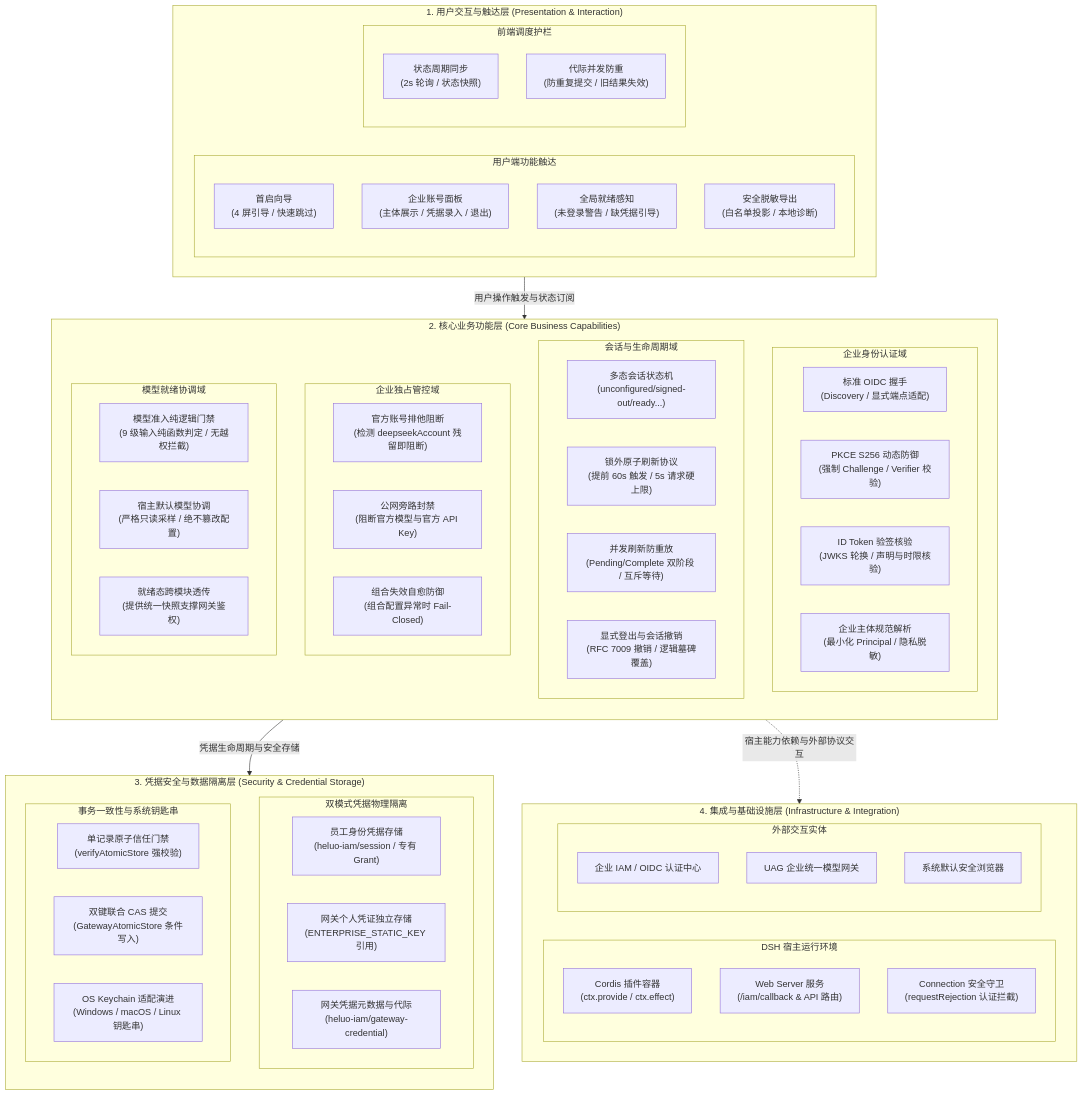
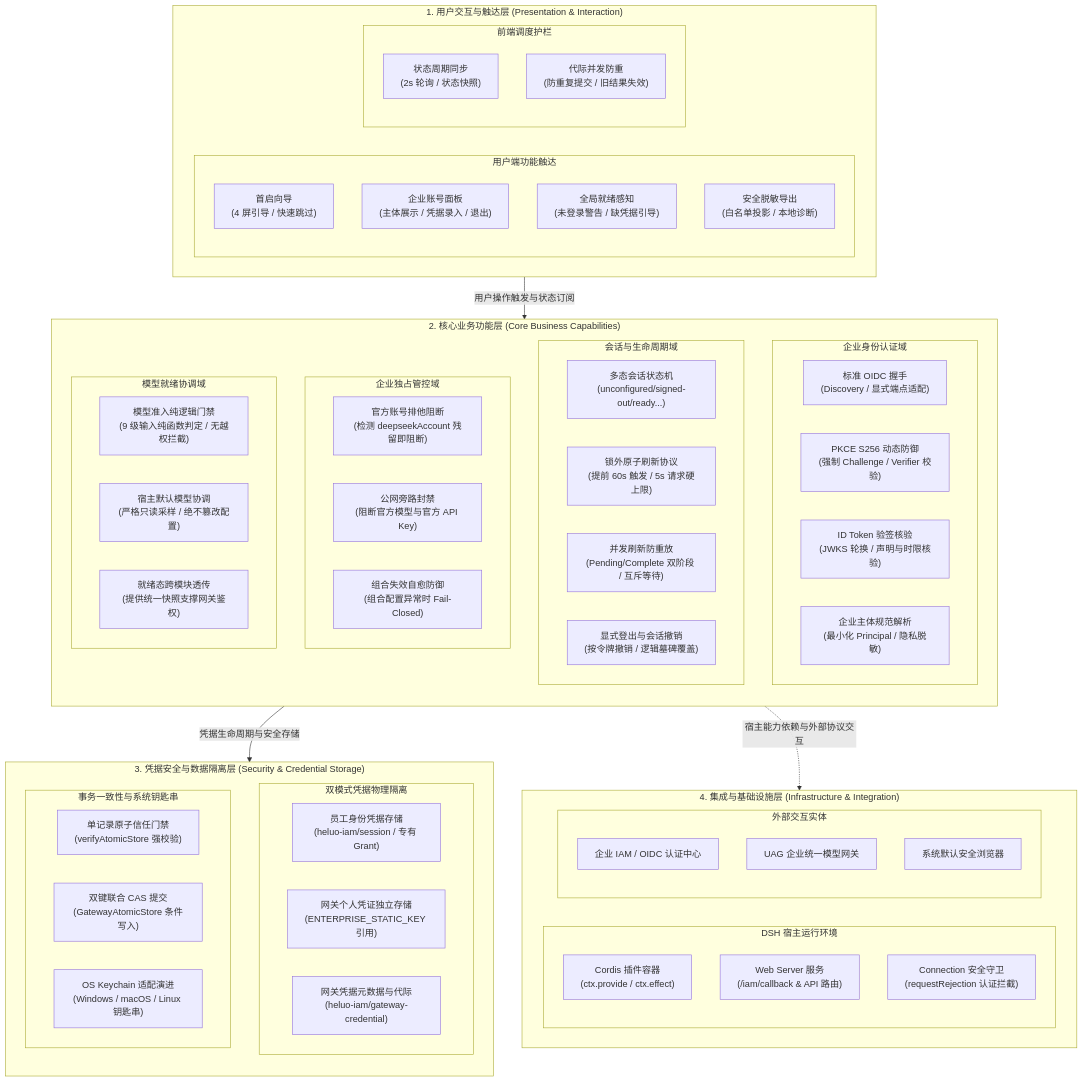
The first of 4 diagrams in docs/design/plugins/forge-iam.md (hrygo/heluo-forge), drawn with Mermaid before and after one commit. The commit also changed other lines of this file and 16 other files, not shown here.

```diff
--- a/docs/design/plugins/forge-iam.md
+++ b/docs/design/plugins/forge-iam.md
@@ -143,7 +145,7 @@
       F_FSM["多态会话状态机<br/>(unconfigured/signed-out/ready...)"]
       F_Refresh["锁外原子刷新协议<br/>(提前 60s 触发 / 5s 请求硬上限)"]
       F_AntiReplay["并发刷新防重放<br/>(Pending/Complete 双阶段 / 互斥等待)"]
-      F_SignOut["显式登出与会话撤销<br/>(RFC 7009 撤销 / 逻辑墓碑覆盖)"]
+      F_SignOut["显式登出与会话撤销<br/>(按令牌撤销 / 逻辑墓碑覆盖)"]
     end
 
     subgraph Domain_Exclusive["企业独占管控域"]
```
